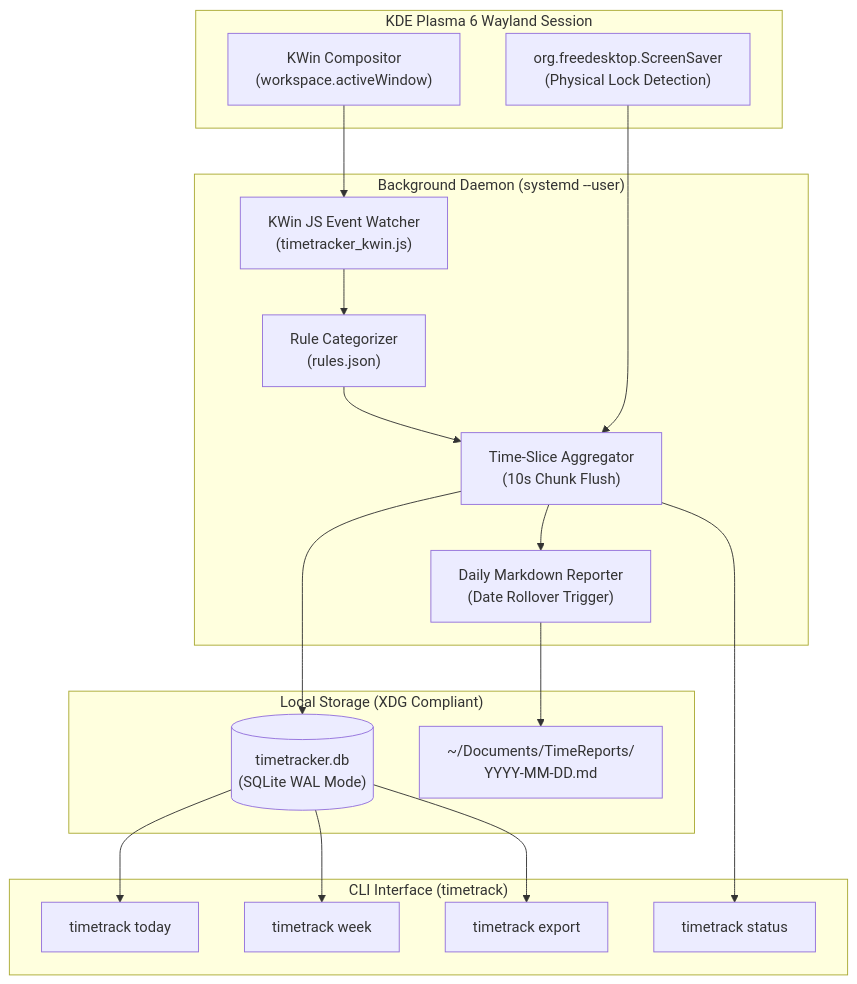
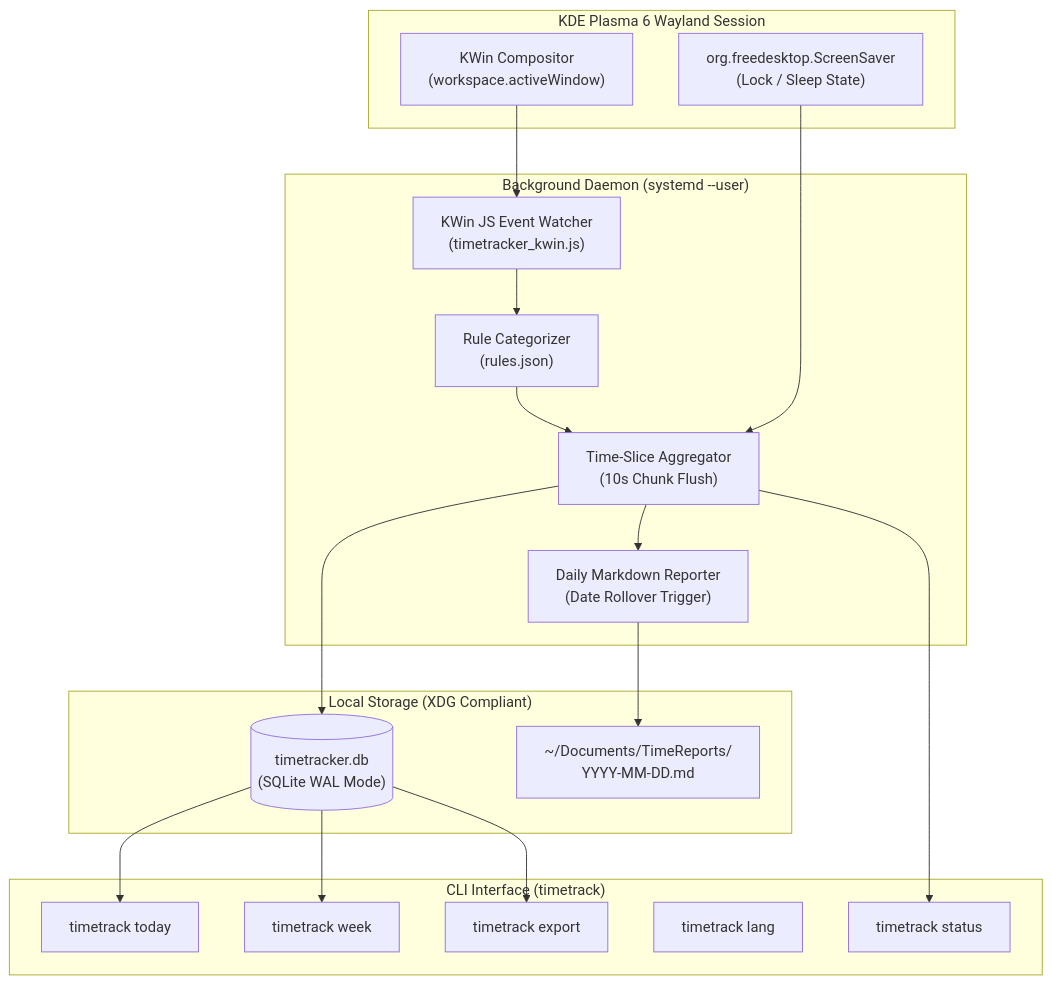
The diagram in README.md (lyf266/desktop-timetracker), drawn with Mermaid before and after one commit. The commit also changed other lines of this file and 3 other files, not shown here.

````diff
--- a/README.md
+++ b/README.md
@@ -32,39 +31,40 @@
 ```mermaid
 flowchart TD
     subgraph KDE_Wayland ["KDE Plasma 6 Wayland Session"]
         KWin["KWin Compositor<br/>(workspace.activeWindow)"]
-        ScreenSaver["org.freedesktop.ScreenSaver<br/>(Physical Lock Detection)"]
+        ScreenSaver["org.freedesktop.ScreenSaver<br/>(Lock / Sleep State)"]
     end
 
     subgraph TimeTracker_Daemon ["Background Daemon (systemd --user)"]
         Watcher["KWin JS Event Watcher<br/>(timetracker_kwin.js)"]
         Classifier["Rule Categorizer<br/>(rules.json)"]
         Aggregator["Time-Slice Aggregator<br/>(10s Chunk Flush)"]
         Reporter["Daily Markdown Reporter<br/>(Date Rollover Trigger)"]
     end
 
     subgraph Storage ["Local Storage (XDG Compliant)"]
         DB[("timetracker.db<br/>(SQLite WAL Mode)")]
         Markdown["~/Documents/TimeReports/<br/>YYYY-MM-DD.md"]
     end
 
     subgraph CLI ["CLI Interface (timetrack)"]
         Today["timetrack today"]
         Week["timetrack week"]
         Status["timetrack status"]
+        Lang["timetrack lang"]
         Export["timetrack export"]
     end
 
     KWin --> Watcher
     ScreenSaver --> Aggregator
     Watcher --> Classifier
     Classifier --> Aggregator
     Aggregator --> DB
     Aggregator --> Reporter
     Reporter --> Markdown
 
     DB --> Today
     DB --> Week
     DB --> Export
     Aggregator --> Status
 ```
````
